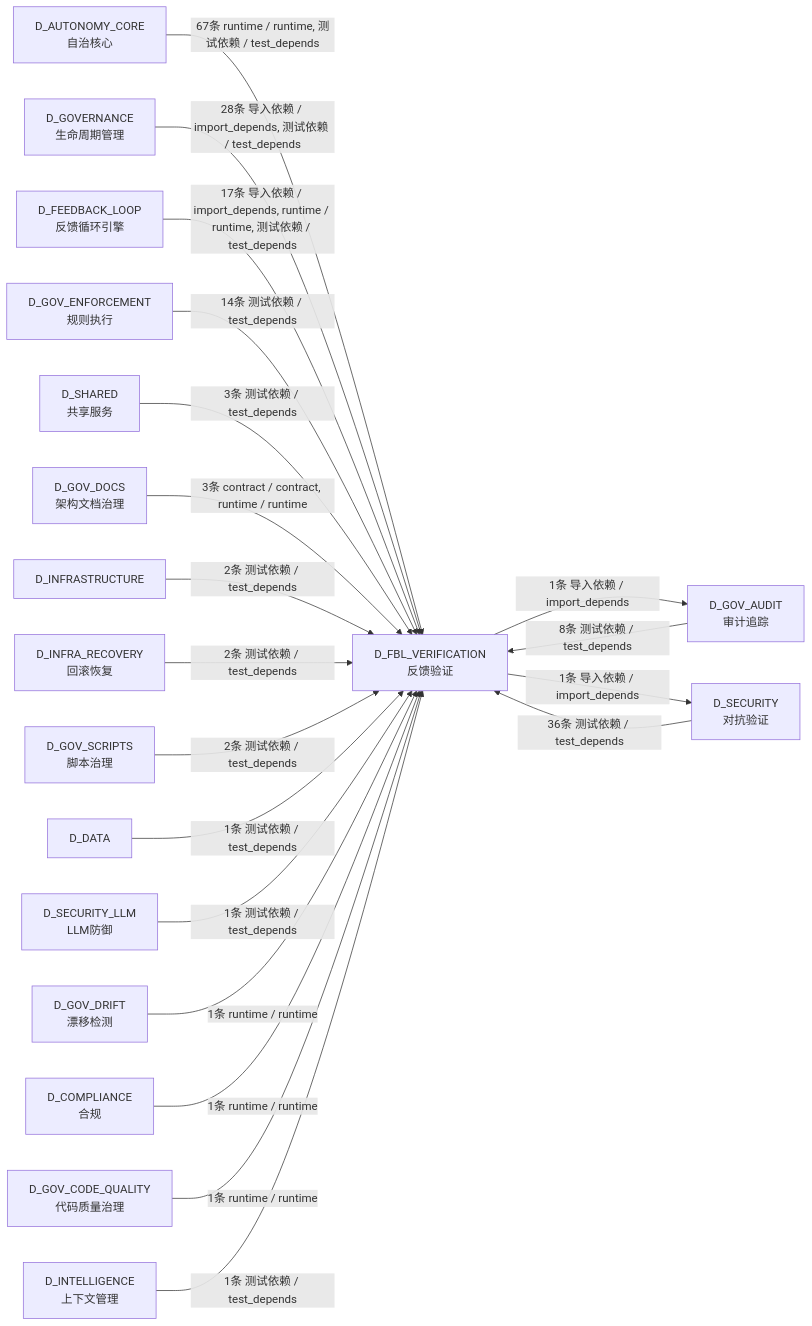
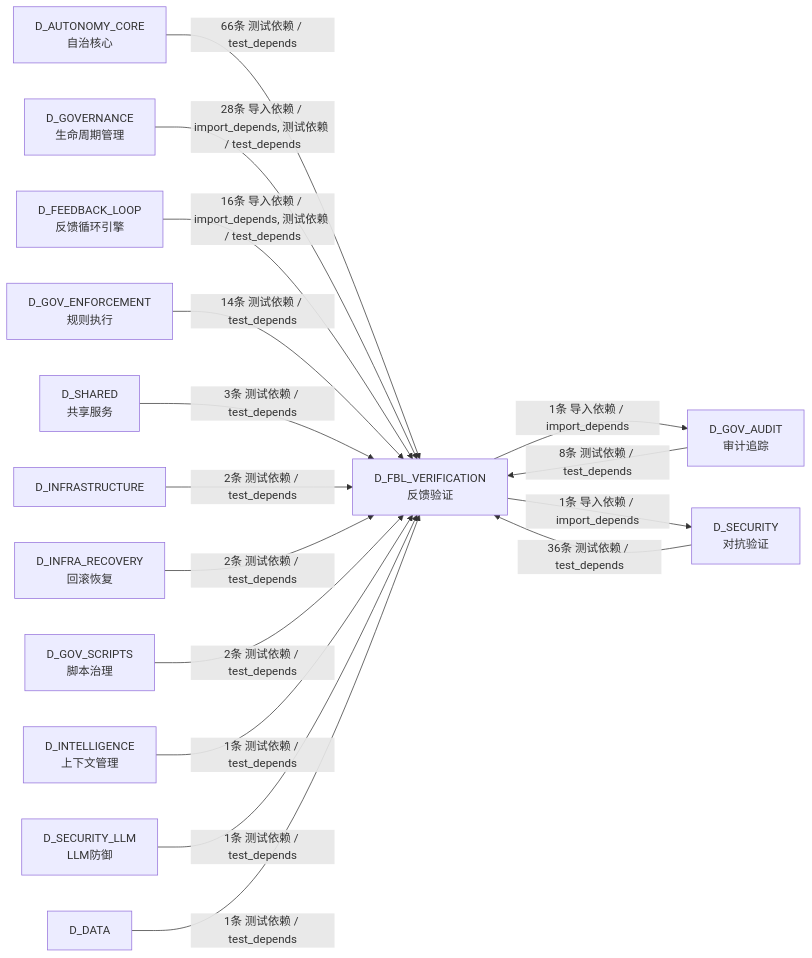
The fifth of 5 diagrams in docs/02_enterprise_architecture/02_domain_architecture_docs/11_d_fbl_verification.md (xuanFelixVan/ZephyrAlpha), drawn with Mermaid before and after one commit. The commit also changed other lines of this file and 122 other files, not shown here.

````diff
--- a/docs/02_enterprise_architecture/02_domain_architecture_docs/11_d_fbl_verification.md
+++ b/docs/02_enterprise_architecture/02_domain_architecture_docs/11_d_fbl_verification.md
@@ -513,40 +490,32 @@
 ```mermaid
 graph LR
     D_FBL_VERIFICATION["D_FBL_VERIFICATION<br/>反馈验证"]
     D_GOV_AUDIT["D_GOV_AUDIT<br/>审计追踪"]
     D_SECURITY["D_SECURITY<br/>对抗验证"]
     D_AUTONOMY_CORE["D_AUTONOMY_CORE<br/>自治核心"]
     D_GOVERNANCE["D_GOVERNANCE<br/>生命周期管理"]
     D_FEEDBACK_LOOP["D_FEEDBACK_LOOP<br/>反馈循环引擎"]
     D_GOV_ENFORCEMENT["D_GOV_ENFORCEMENT<br/>规则执行"]
     D_SHARED["D_SHARED<br/>共享服务"]
-    D_GOV_DOCS["D_GOV_DOCS<br/>架构文档治理"]
     D_INFRASTRUCTURE["D_INFRASTRUCTURE"]
     D_INFRA_RECOVERY["D_INFRA_RECOVERY<br/>回滚恢复"]
     D_GOV_SCRIPTS["D_GOV_SCRIPTS<br/>脚本治理"]
+    D_INTELLIGENCE["D_INTELLIGENCE<br/>上下文管理"]
+    D_SECURITY_LLM["D_SECURITY_LLM<br/>LLM防御"]
     D_DATA["D_DATA"]
-    D_SECURITY_LLM["D_SECURITY_LLM<br/>LLM防御"]
-    D_GOV_DRIFT["D_GOV_DRIFT<br/>漂移检测"]
-    D_COMPLIANCE["D_COMPLIANCE<br/>合规"]
-    D_GOV_CODE_QUALITY["D_GOV_CODE_QUALITY<br/>代码质量治理"]
-    D_INTELLIGENCE["D_INTELLIGENCE<br/>上下文管理"]
     D_FBL_VERIFICATION -->|1条 导入依赖 / import_depends| D_GOV_AUDIT
     D_FBL_VERIFICATION -->|1条 导入依赖 / import_depends| D_SECURITY
-    D_AUTONOMY_CORE -->|67条 runtime / runtime, 测试依赖 / test_depends| D_FBL_VERIFICATION
+    D_AUTONOMY_CORE -->|66条 测试依赖 / test_depends| D_FBL_VERIFICATION
     D_SECURITY -->|36条 测试依赖 / test_depends| D_FBL_VERIFICATION
     D_GOVERNANCE -->|28条 导入依赖 / import_depends, 测试依赖 / test_depends| D_FBL_VERIFICATION
-    D_FEEDBACK_LOOP -->|17条 导入依赖 / import_depends, runtime / runtime, 测试依赖 / test_depends| D_FBL_VERIFICATION
+    D_FEEDBACK_LOOP -->|16条 导入依赖 / import_depends, 测试依赖 / test_depends| D_FBL_VERIFICATION
     D_GOV_ENFORCEMENT -->|14条 测试依赖 / test_depends| D_FBL_VERIFICATION
     D_GOV_AUDIT -->|8条 测试依赖 / test_depends| D_FBL_VERIFICATION
     D_SHARED -->|3条 测试依赖 / test_depends| D_FBL_VERIFICATION
-    D_GOV_DOCS -->|3条 contract / contract, runtime / runtime| D_FBL_VERIFICATION
     D_INFRASTRUCTURE -->|2条 测试依赖 / test_depends| D_FBL_VERIFICATION
     D_INFRA_RECOVERY -->|2条 测试依赖 / test_depends| D_FBL_VERIFICATION
     D_GOV_SCRIPTS -->|2条 测试依赖 / test_depends| D_FBL_VERIFICATION
+    D_INTELLIGENCE -->|1条 测试依赖 / test_depends| D_FBL_VERIFICATION
+    D_SECURITY_LLM -->|1条 测试依赖 / test_depends| D_FBL_VERIFICATION
     D_DATA -->|1条 测试依赖 / test_depends| D_FBL_VERIFICATION
-    D_SECURITY_LLM -->|1条 测试依赖 / test_depends| D_FBL_VERIFICATION
-    D_GOV_DRIFT -->|1条 runtime / runtime| D_FBL_VERIFICATION
-    D_COMPLIANCE -->|1条 runtime / runtime| D_FBL_VERIFICATION
-    D_GOV_CODE_QUALITY -->|1条 runtime / runtime| D_FBL_VERIFICATION
-    D_INTELLIGENCE -->|1条 测试依赖 / test_depends| D_FBL_VERIFICATION
 ```
````
